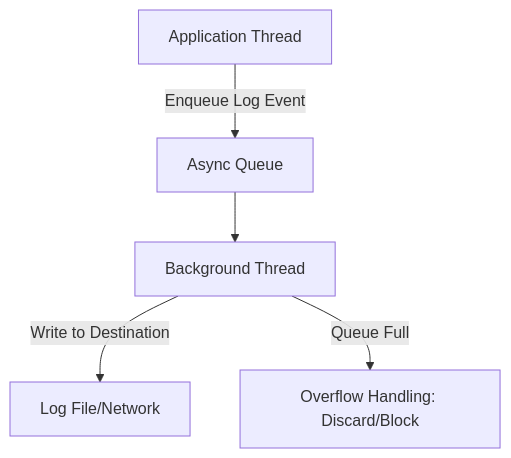
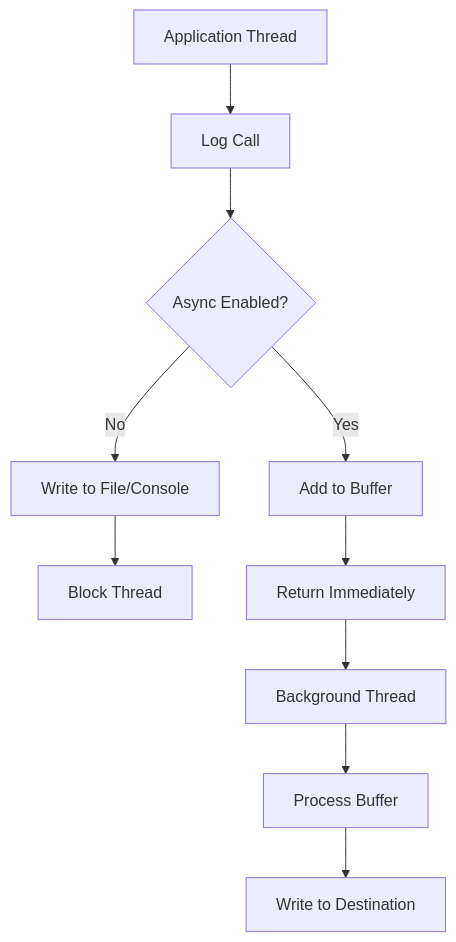
The diagram in async-logging/README.md (VrushankPatel/interview-matters), drawn with Mermaid before and after one commit. The commit also changed other lines of this file and 4 other files, not shown here.

````diff
--- a/async-logging/README.md
+++ b/async-logging/README.md
@@ -35,7 +28,13 @@
 ```mermaid
 graph TD
-    A[Application Thread] -->|Enqueue Log Event| B[Async Queue]
-    B --> C[Background Thread]
-    C -->|Write to Destination| D[Log File/Network]
-    C -->|Queue Full| E[Overflow Handling: Discard/Block]
+    A[Application Thread] --> B[Log Call]
+    B --> C{Async Enabled?}
+    C -->|No| D[Write to File/Console]
+    D --> E[Block Thread]
+    
+    C -->|Yes| F[Add to Buffer]
+    F --> G[Return Immediately]
+    G --> H[Background Thread]
+    H --> I[Process Buffer]
+    I --> J[Write to Destination]
 ```
````
